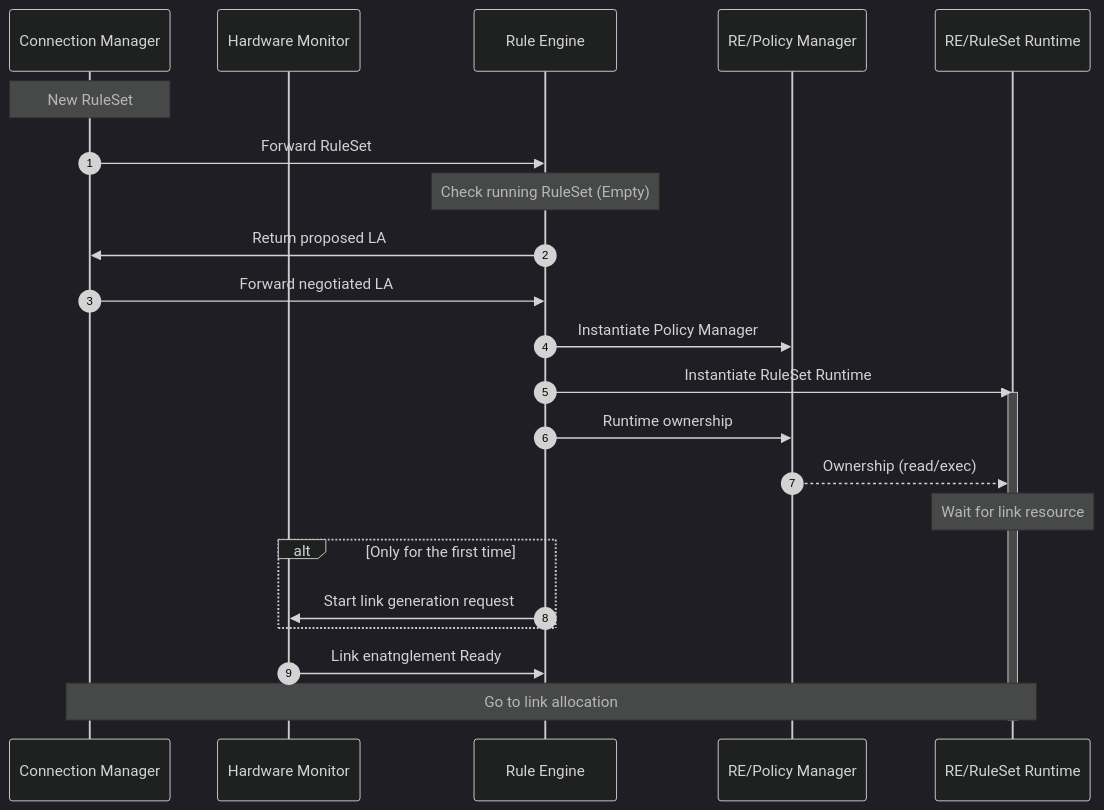
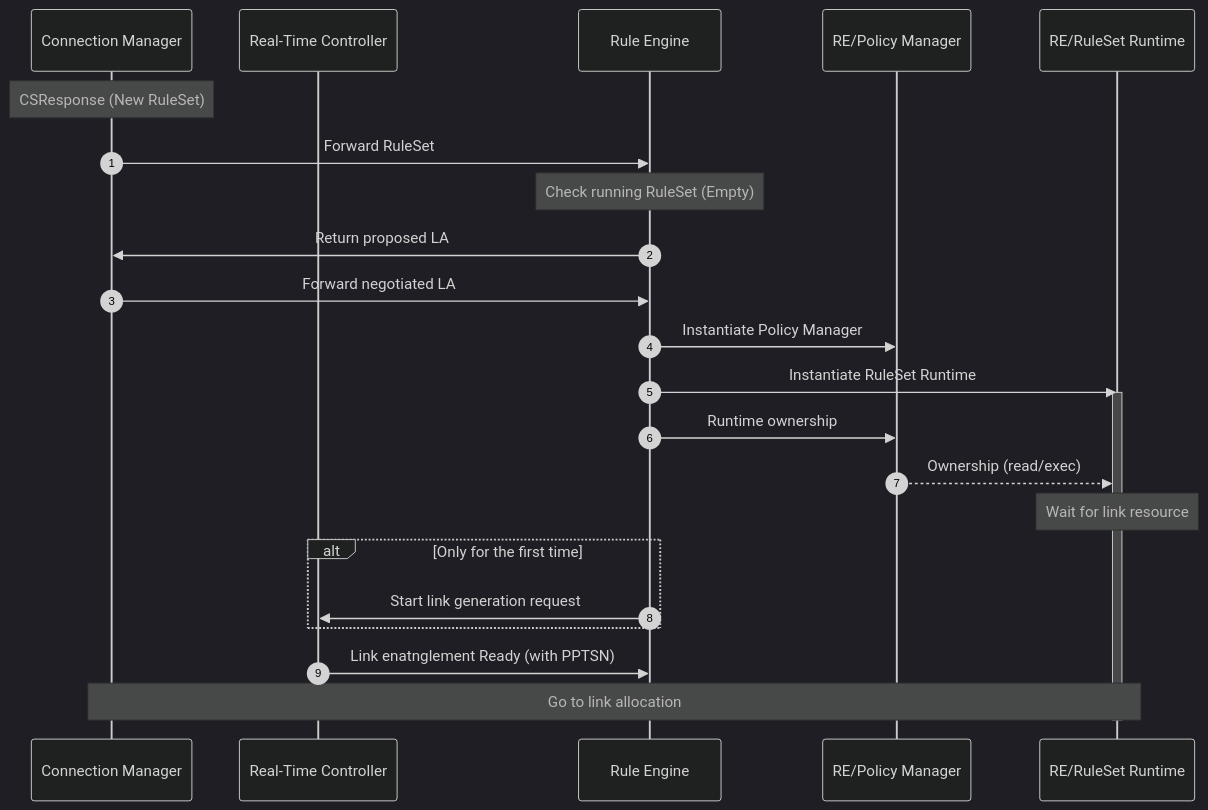
The second of 6 diagrams in rule_engine/README.md (sfc-aqua/qrsa), drawn with Mermaid (dark theme) before and after one commit. The commit also changed other lines of this file and 5 other files, not shown here.

Commit message:
updated diagrams

````diff
--- a/rule_engine/README.md
+++ b/rule_engine/README.md
@@ -37,28 +42,30 @@
 ```mermaid
 sequenceDiagram
 autonumber
 participant cm as Connection Manager
-participant hm as Hardware Monitor
+participant rtc as Real-Time Controller
 participant re as Rule Engine
 participant rep as RE/Policy Manager
 participant rsr as RE/RuleSet Runtime
-Note over cm: New RuleSet
+
+% Connection Setup Response
+Note over cm: CSResponse (New RuleSet)
 cm ->> re: Forward RuleSet
 Note over re: Check running RuleSet (Empty)
 re ->> cm: Return proposed LA
 cm ->> re: Forward negotiated LA
 re ->> rep: Instantiate Policy Manager
 re ->> rsr: Instantiate RuleSet Runtime 
 activate rsr
-%rsr ->> hm: Check current PPTSN
-%hm ->> rsr: Return current PPTSN (Possible in real time?)
+
 re ->> rep: Runtime ownership
 rep -->> rsr: Ownership (read/exec)
 Note over rsr: Wait for link resource
+
 alt Only for the first time 
-re ->> hm: Start link generation request
+re ->> rtc: Start link generation request
 end
-hm ->> re: Link enatnglement Ready
+rtc ->> re: Link enatnglement Ready (with PPTSN)
 Note over cm, rsr: Go to link allocation
 deactivate rsr
 ```
````
